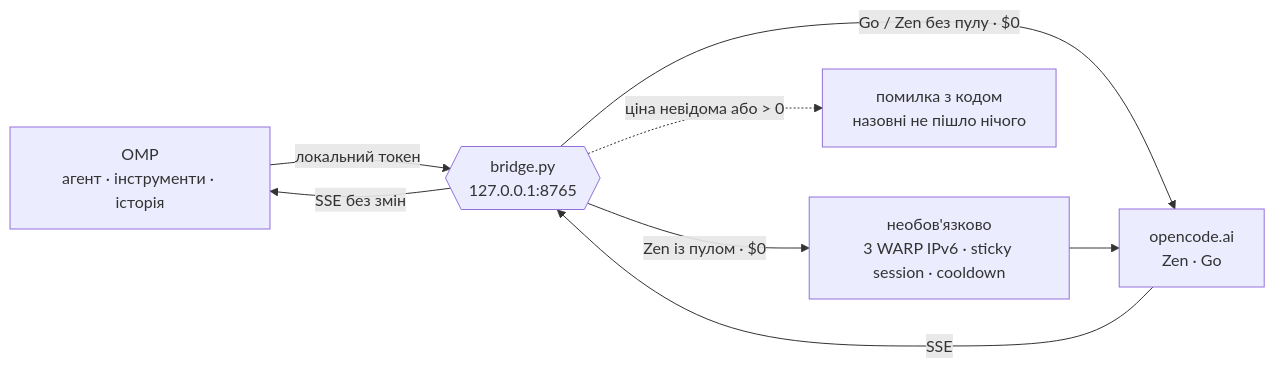
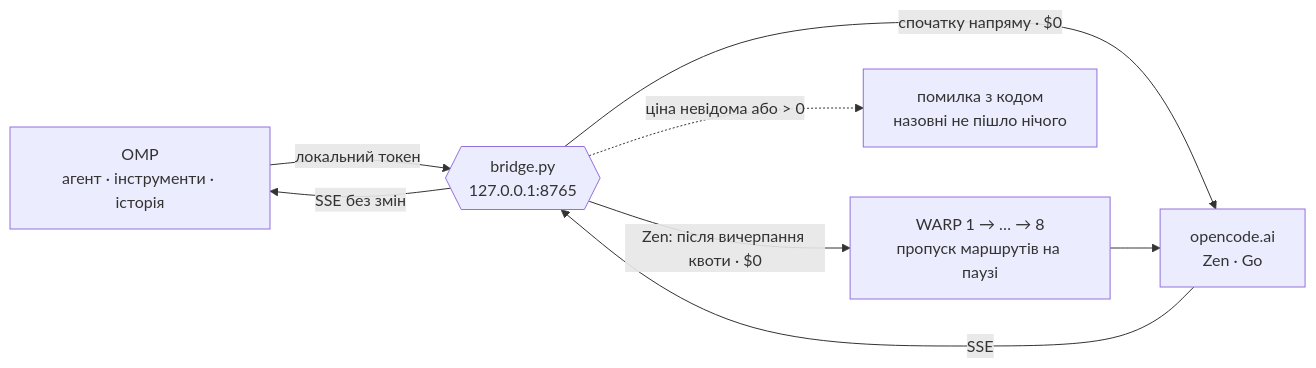
Before and after one commit to bramms/omp-bridge: the diagram in README.md, drawn with Mermaid. The commit also changed other lines of this file and 7 other files, not shown here.

First line of the commit message:
Update bridge to 1.8.2 with WARP failover and operator diagnostics

````diff
--- a/README.md
+++ b/README.md
@@ -29,13 +35,13 @@
 ```mermaid
 flowchart LR
   omp["OMP<br/>агент · інструменти · історія"]
   bridge{{"bridge.py<br/>127.0.0.1:8765"}}
-  warp["необов'язково<br/>3 WARP IPv6 · sticky session · cooldown"]
+  warp["WARP 1 → … → 8<br/>пропуск маршрутів на паузі"]
   oc["opencode.ai<br/>Zen · Go"]
   no["помилка з кодом<br/>назовні не пішло нічого"]
   omp -- "локальний токен" --> bridge
-  bridge -- "Go / Zen без пулу · $0" --> oc
-  bridge -- "Zen із пулом · $0" --> warp --> oc
+  bridge -- "спочатку напряму · $0" --> oc
+  bridge -- "Zen: після вичерпання квоти · $0" --> warp --> oc
   bridge -. "ціна невідома або > 0" .-> no
   oc -- "SSE" --> bridge -- "SSE без змін" --> omp
 ```
````
